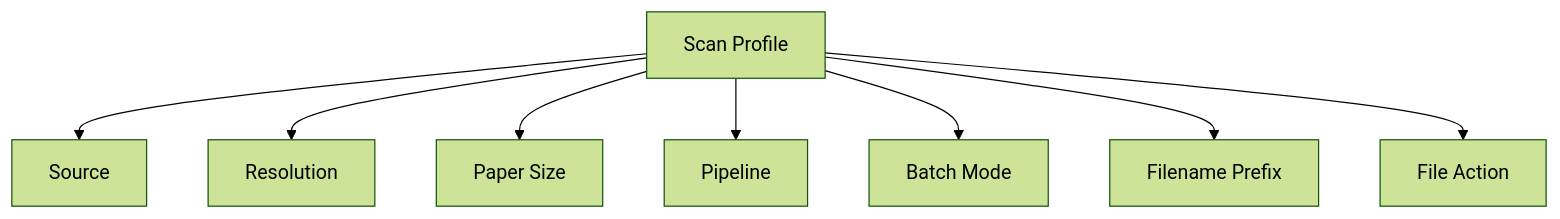
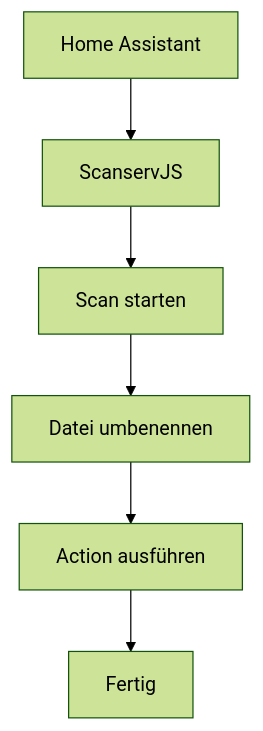
One commit to marioir2001/scanservjs_ha changed the diagram in README.md. Above: the diagram before and after it, drawn with Mermaid (forest theme).

````diff
--- a/README.md
+++ b/README.md
@@ -13,11 +13,8 @@
 ```mermaid
 flowchart TD
-    A[Scan Profile]
-    A --> B[Source]
-    A --> C[Resolution]
-    A --> D[Paper Size]
-    A --> E[Pipeline]
-    A --> F[Batch Mode]
-    A --> G[Filename Prefix]
-    A --> H[File Action]
+    A[Home Assistant] --> B[ScanservJS]
+    B --> C[Scan starten]
+    C --> D[Datei umbenennen]
+    D --> E[Action ausführen]
+    E --> F[Fertig]
 ```
````
